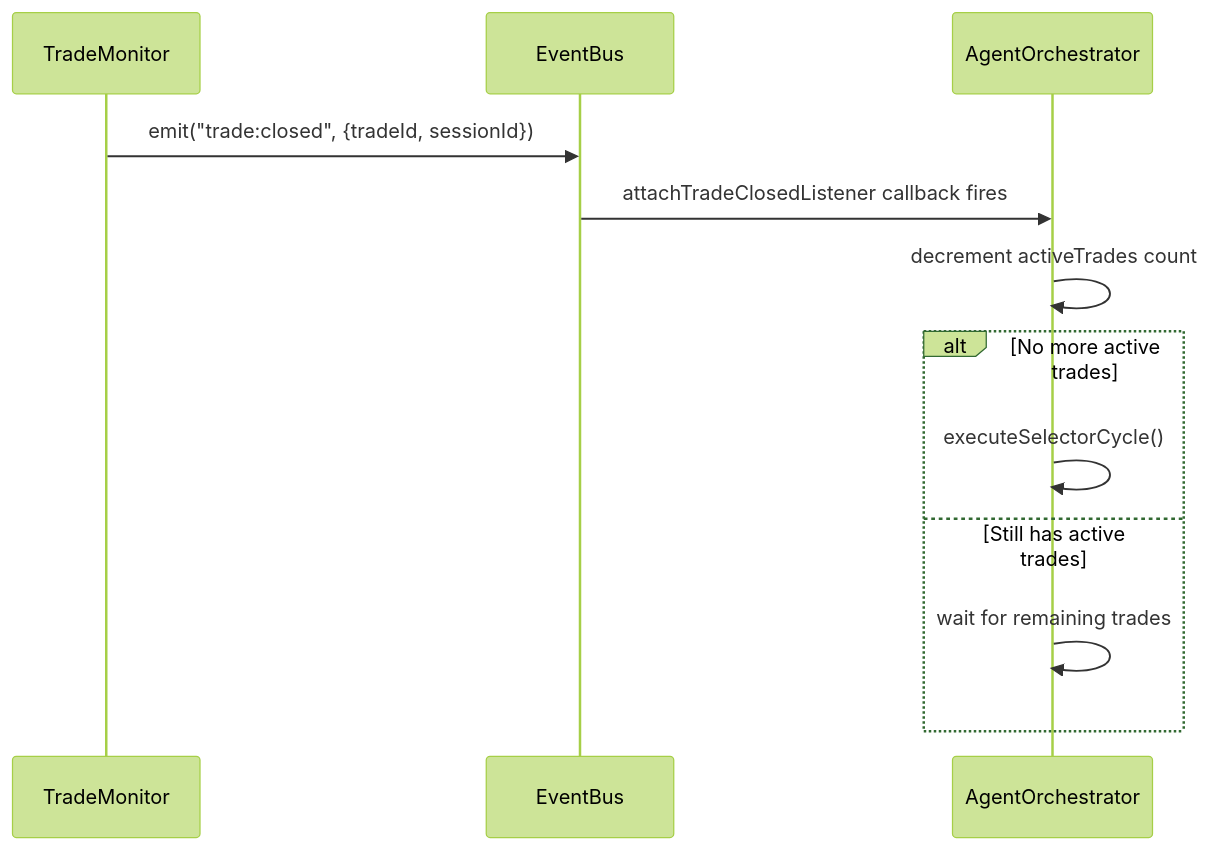
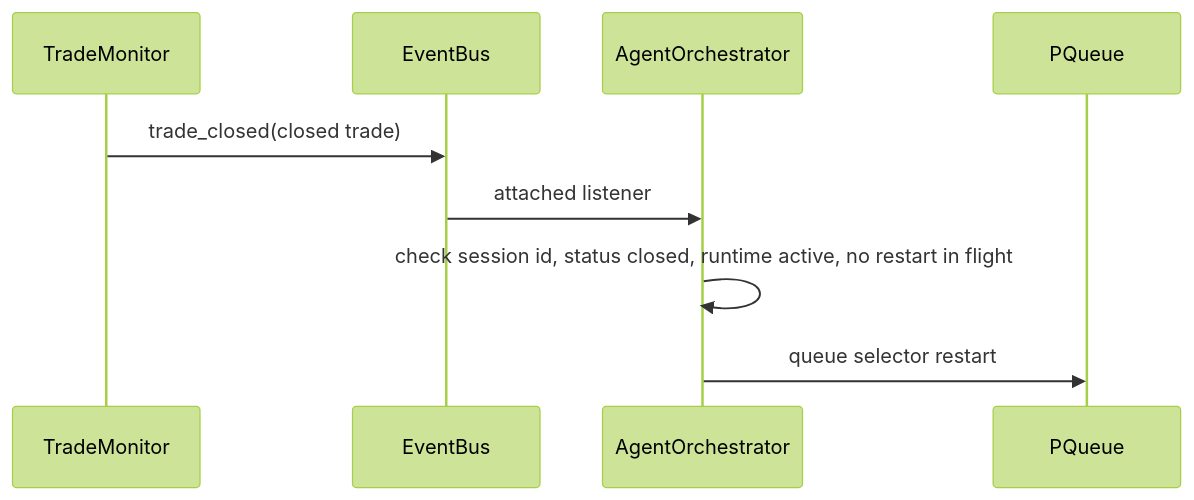
Before and after one commit to KennethAtchon/Exva: the tenth of 16 diagrams in docs/architecture/ai-runtime.md, drawn with Mermaid (forest theme). The commit also changed other lines of this file and 42 other files, not shown here.

````diff
--- a/docs/architecture/ai-runtime.md
+++ b/docs/architecture/ai-runtime.md
@@ -534,15 +426,12 @@
 ```mermaid
 sequenceDiagram
     participant TM as TradeMonitor
     participant EB as EventBus
     participant AO as AgentOrchestrator
+    participant Q as PQueue
 
-    TM->>EB: emit("trade:closed", {tradeId, sessionId})
-    EB->>AO: attachTradeClosedListener callback fires
-    AO->>AO: decrement activeTrades count
-    alt No more active trades
-        AO->>AO: executeSelectorCycle()
-    else Still has active trades
-        AO->>AO: wait for remaining trades
-    end
+    TM->>EB: trade_closed(closed trade)
+    EB->>AO: attached listener
+    AO->>AO: check session id, status closed, runtime active, no restart in flight
+    AO->>Q: queue selector restart
 ```
````
